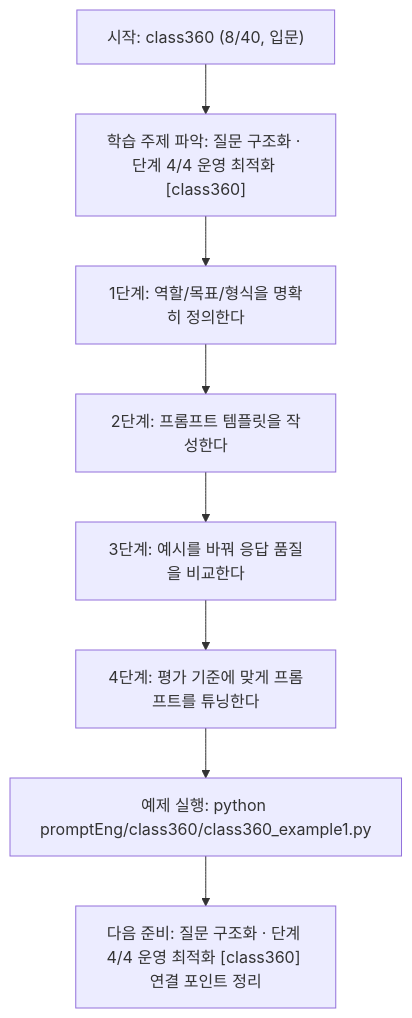
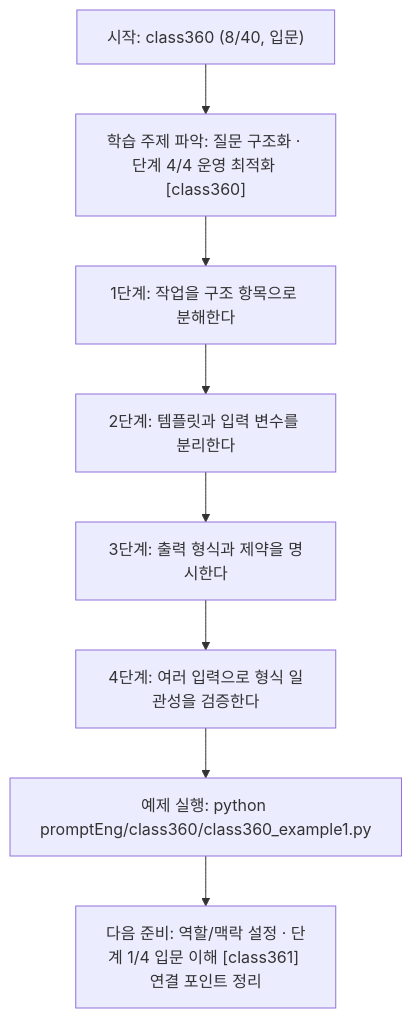
Before and after one commit to edumgt/Python-AI_Agent-Class: the diagram in promptEng/class360/class360.md, drawn with Mermaid. The commit also changed other lines of this file and 283 other files, not shown here.

````diff
--- a/promptEng/class360/class360.md
+++ b/promptEng/class360/class360.md
@@ -109,18 +91,18 @@
 ```mermaid
 flowchart TD
 N1["시작: class360 (8/40, 입문)"]
 N2["학습 주제 파악: 질문 구조화 · 단계 4/4 운영 최적화 [class360]"]
-N3["1단계: 역할/목표/형식을 명확히 정의한다"]
-N4["2단계: 프롬프트 템플릿을 작성한다"]
-N5["3단계: 예시를 바꿔 응답 품질을 비교한다"]
-N6["4단계: 평가 기준에 맞게 프롬프트를 튜닝한다"]
+N3["1단계: 작업을 구조 항목으로 분해한다"]
+N4["2단계: 템플릿과 입력 변수를 분리한다"]
+N5["3단계: 출력 형식과 제약을 명시한다"]
+N6["4단계: 여러 입력으로 형식 일관성을 검증한다"]
 N7["예제 실행: python promptEng/class360/class360_example1.py"]
-N8["다음 준비: 질문 구조화 · 단계 4/4 운영 최적화 [class360] 연결 포인트 정리"]
+N8["다음 준비: 역할/맥락 설정 · 단계 1/4 입문 이해 [class361] 연결 포인트 정리"]
 N1 --> N2
 N2 --> N3
 N3 --> N4
 N4 --> N5
 N5 --> N6
 N6 --> N7
 N7 --> N8
 ```
````
